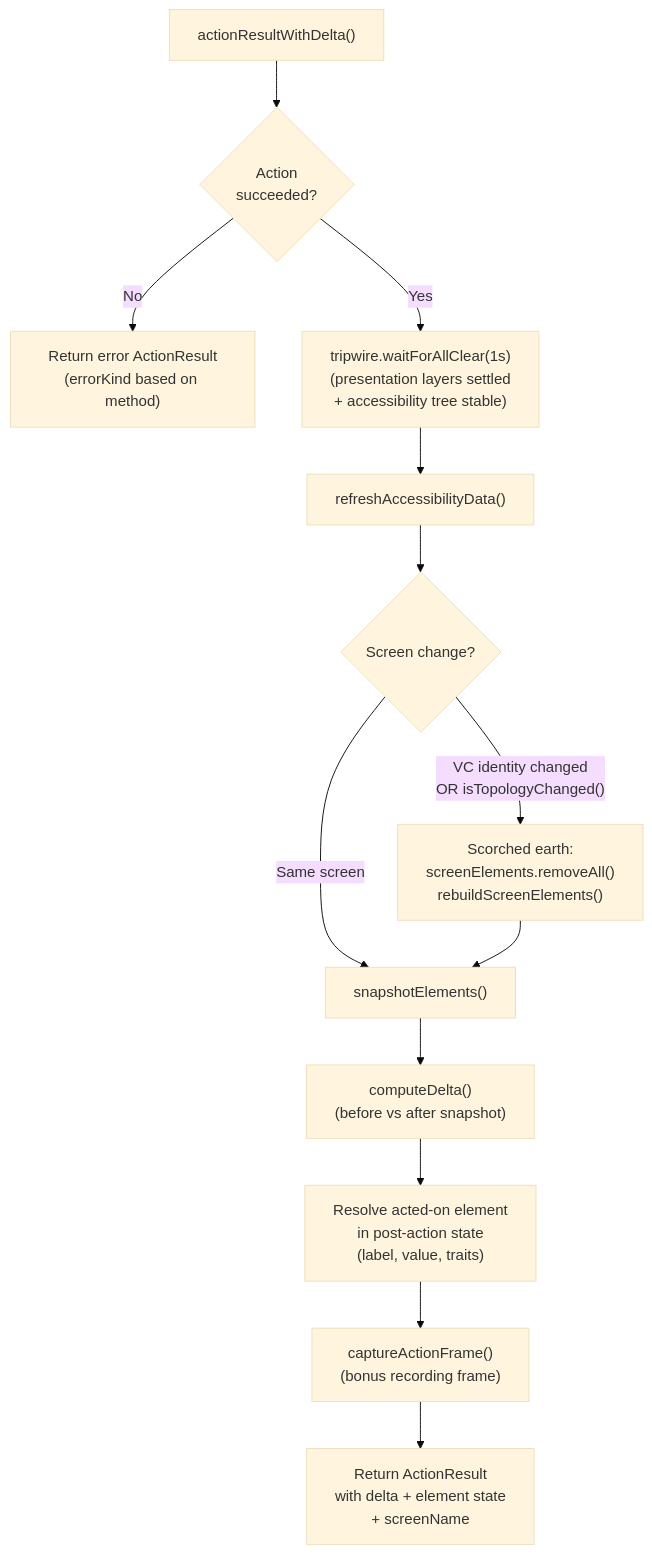
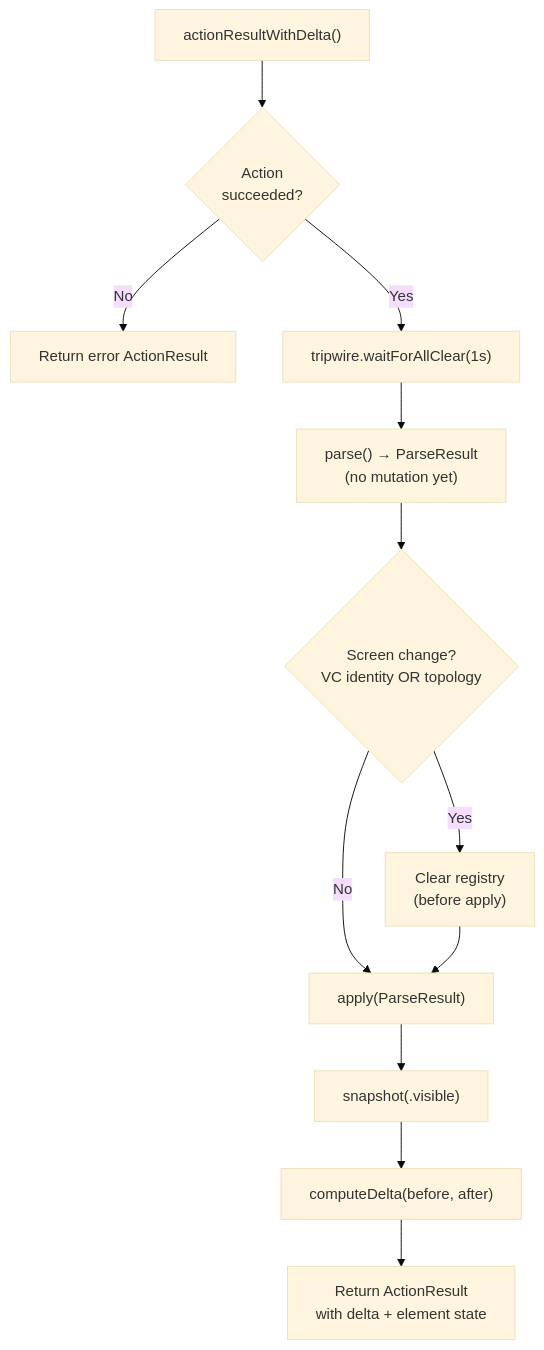
Before and after one commit to RoyalPineapple/TheButtonHeist: the seventh of 7 diagrams in docs/dossiers/13-THEBAGMAN.md, drawn with Mermaid (base theme). The commit also changed other lines of this file and 18 other files, not shown here.

First line of the commit message:
Fix full scan cache bug + redesign TheBagman architecture (#197)

````diff
--- a/docs/dossiers/13-THEBAGMAN.md
+++ b/docs/dossiers/13-THEBAGMAN.md
@@ -221,17 +187,16 @@
 ```mermaid
 flowchart TD
     A["actionResultWithDelta()"] --> B{Action<br/>succeeded?}
-    B -->|No| C["Return error ActionResult<br/>(errorKind based on method)"]
-    B -->|Yes| D["tripwire.waitForAllClear(1s)<br/>(presentation layers settled<br/>+ accessibility tree stable)"]
-    D --> E["refreshAccessibilityData()"]
+    B -->|No| C["Return error ActionResult"]
+    B -->|Yes| D["tripwire.waitForAllClear(1s)"]
+    D --> E["parse() → ParseResult<br/>(no mutation yet)"]
 
-    E --> F{Screen change?}
-    F -->|"VC identity changed<br/>OR isTopologyChanged()"| G["Scorched earth:<br/>screenElements.removeAll()<br/>rebuildScreenElements()"]
-    F -->|"Same screen"| H["snapshotElements()"]
+    E --> F{Screen change?<br/>VC identity OR topology}
+    F -->|Yes| G["Clear registry<br/>(before apply)"]
+    F -->|No| H["apply(ParseResult)"]
     G --> H
 
-    H --> I["computeDelta()<br/>(before vs after snapshot)"]
-    I --> J["Resolve acted-on element<br/>in post-action state<br/>(label, value, traits)"]
-    J --> CAP["captureActionFrame()<br/>(bonus recording frame)"]
-    CAP --> K["Return ActionResult<br/>with delta + element state<br/>+ screenName"]
+    H --> I["snapshot(.visible)"]
+    I --> J["computeDelta(before, after)"]
+    J --> K["Return ActionResult<br/>with delta + element state"]
 ```
````
